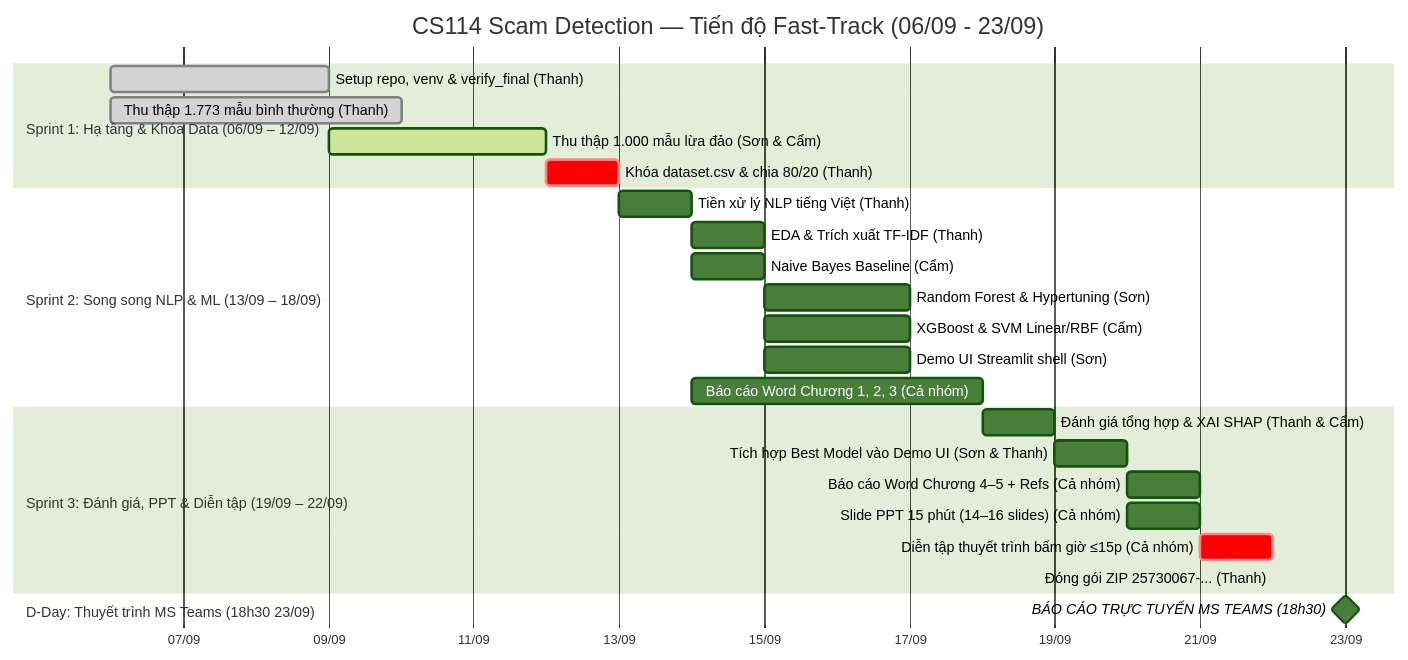
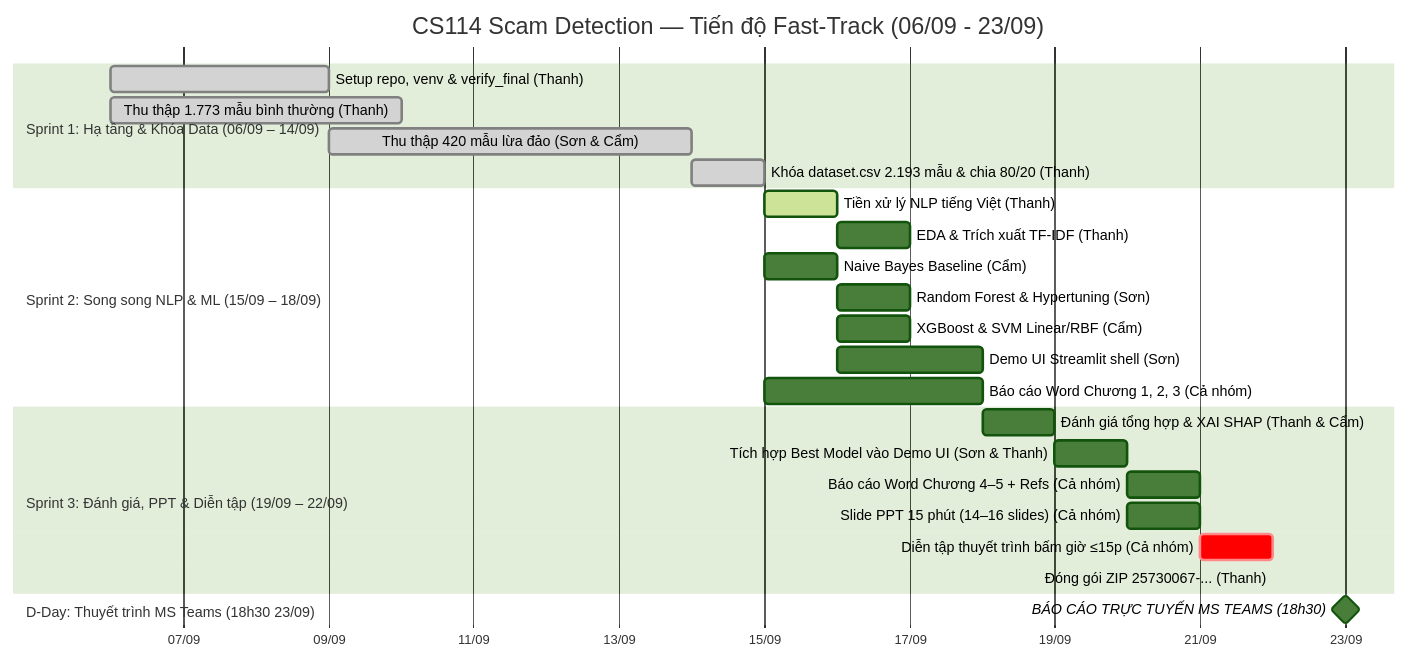
Before and after one commit to uit-25730067-chithanh/CS114-Team10-Elderly-Scam-Detection: the diagram in draft/scam-detection/docs/project-roadmap.md, drawn with Mermaid (forest theme). The commit also changed other lines of this file and 3 other files, not shown here.

Commit message:
docs(roadmap): synchronize sprint 2 roadmap, architecture, and workspace guide

````diff
--- a/draft/scam-detection/docs/project-roadmap.md
+++ b/draft/scam-detection/docs/project-roadmap.md
@@ -14,33 +14,33 @@
 ```mermaid
 gantt
     title CS114 Scam Detection — Tiến độ Fast-Track (06/09 - 23/09)
     dateFormat  YYYY-MM-DD
     axisFormat  %d/%m
     tickInterval 2d
 
-    section Sprint 1: Hạ tầng & Khóa Data (06/09 – 12/09)
+    section Sprint 1: Hạ tầng & Khóa Data (06/09 – 14/09)
     Setup repo, venv & verify_final (Thanh)        :done, s1_1, 2026-09-06, 2026-09-09
     Thu thập 1.773 mẫu bình thường (Thanh)         :done, s1_2, 2026-09-06, 2026-09-10
-    Thu thập 1.000 mẫu lừa đảo (Sơn & Cẩm)         :active, s1_3, 2026-09-09, 2026-09-12
-    Khóa dataset.csv & chia 80/20 (Thanh)          :crit, s1_4, 2026-09-12, 1d
+    Thu thập 420 mẫu lừa đảo (Sơn & Cẩm)           :done, s1_3, 2026-09-09, 2026-09-14
+    Khóa dataset.csv 2.193 mẫu & chia 80/20 (Thanh):done, s1_4, 2026-09-14, 2026-09-15
 
-    section Sprint 2: Song song NLP & ML (13/09 – 18/09)
-    Tiền xử lý NLP tiếng Việt (Thanh)              :s2_1, 2026-09-13, 2026-09-14
-    EDA & Trích xuất TF-IDF (Thanh)                :s2_2, 2026-09-14, 2026-09-15
-    Naive Bayes Baseline (Cẩm)                     :s2_3, 2026-09-14, 2026-09-15
-    Random Forest & Hypertuning (Sơn)              :s2_4, 2026-09-15, 2026-09-17
-    XGBoost & SVM Linear/RBF (Cẩm)                 :s2_5, 2026-09-15, 2026-09-17
-    Demo UI Streamlit shell (Sơn)                  :s2_6, 2026-09-15, 2026-09-17
-    Báo cáo Word Chương 1, 2, 3 (Cả nhóm)          :s2_7, 2026-09-14, 2026-09-18
+    section Sprint 2: Song song NLP & ML (15/09 – 18/09)
+    Tiền xử lý NLP tiếng Việt (Thanh)              :active, s2_1, 2026-09-15, 2026-09-16
+    EDA & Trích xuất TF-IDF (Thanh)                :s2_2, 2026-09-16, 2026-09-17
+    Naive Bayes Baseline (Cẩm)                     :s2_3, 2026-09-15, 2026-09-16
+    Random Forest & Hypertuning (Sơn)              :s2_4, 2026-09-16, 2026-09-17
+    XGBoost & SVM Linear/RBF (Cẩm)                 :s2_5, 2026-09-16, 2026-09-17
+    Demo UI Streamlit shell (Sơn)                  :s2_6, 2026-09-16, 2026-09-18
+    Báo cáo Word Chương 1, 2, 3 (Cả nhóm)          :s2_7, 2026-09-15, 2026-09-18
 
     section Sprint 3: Đánh giá, PPT & Diễn tập (19/09 – 22/09)
     Đánh giá tổng hợp & XAI SHAP (Thanh & Cẩm)     :s3_1, 2026-09-18, 2026-09-19
     Tích hợp Best Model vào Demo UI (Sơn & Thanh)  :s3_2, 2026-09-19, 2026-09-20
     Báo cáo Word Chương 4–5 + Refs (Cả nhóm)       :s3_3, 2026-09-20, 2026-09-21
     Slide PPT 15 phút (14–16 slides) (Cả nhóm)     :s3_4, 2026-09-20, 2026-09-21
     Diễn tập thuyết trình bấm giờ ≤15p (Cả nhóm)   :crit, s3_5, 2026-09-21, 2026-09-22
     Đóng gói ZIP 25730067-... (Thanh)              :s3_6, 2026-09-22, 2026-09-22
 
     section D-Day: Thuyết trình MS Teams (18h30 23/09)
     BÁO CÁO TRỰC TUYẾN MS TEAMS (18h30)            :milestone, s3_7, 2026-09-23, 0d
 ```
````
